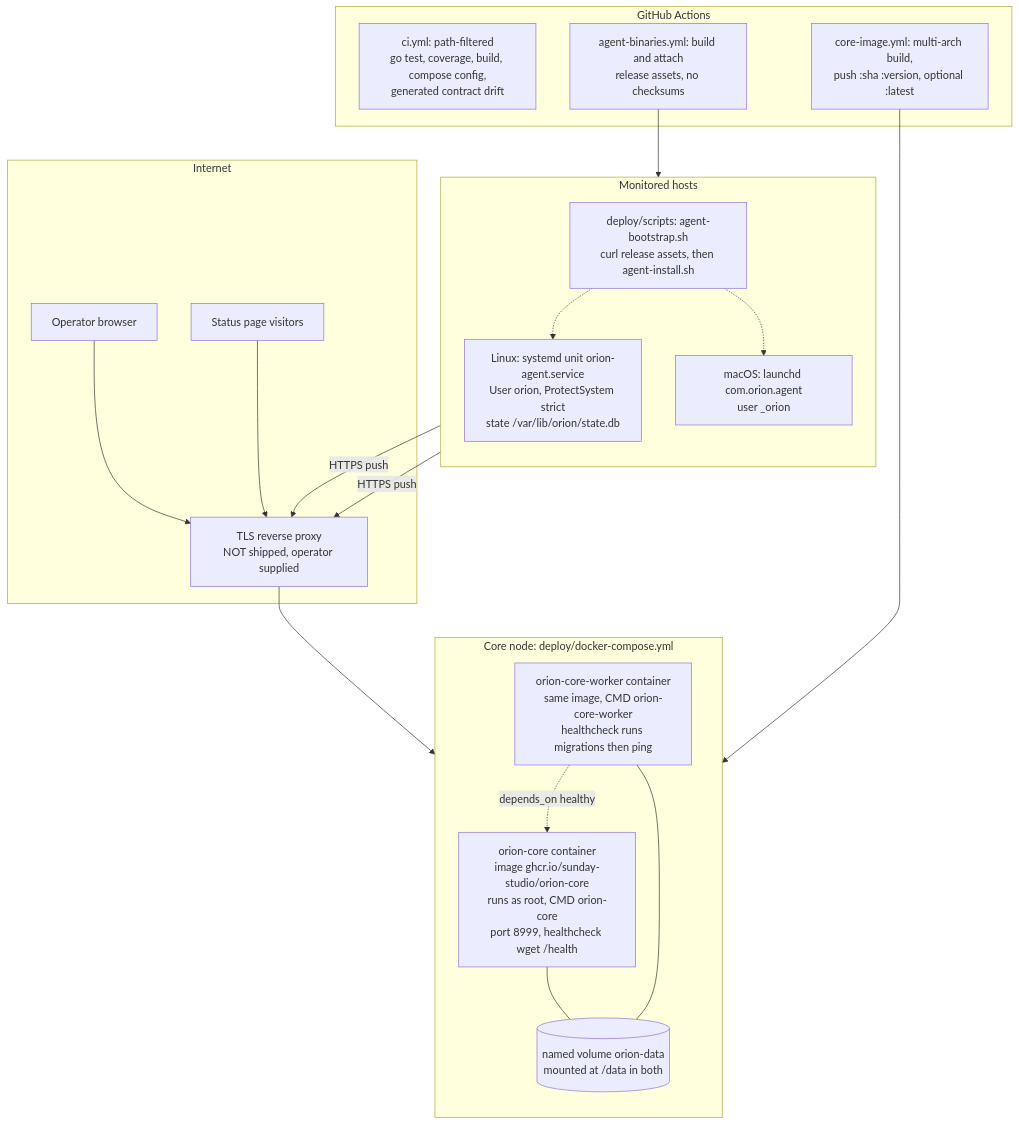
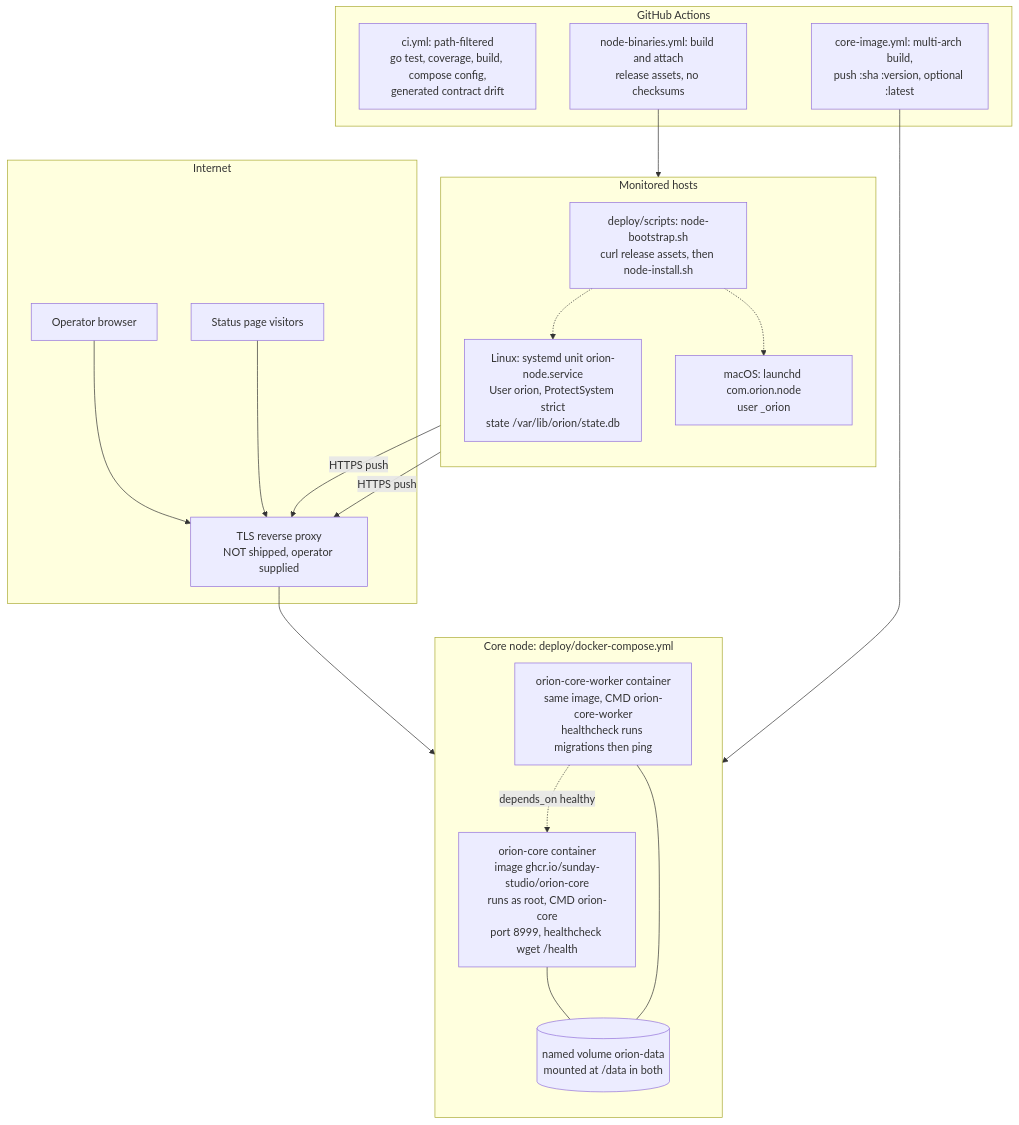
The sixth of 6 diagrams in docs/architecture/backend-architecture.md (sunday-studio/orion), drawn with Mermaid before and after one commit. The commit also changed other lines of this file and 815 other files, not shown here.

First line of the commit message:
refactor(repo): rename agent to node, mechanical part

````diff
--- a/docs/architecture/backend-architecture.md
+++ b/docs/architecture/backend-architecture.md
@@ -353,41 +353,41 @@
 ```mermaid
 flowchart TB
   subgraph Internet
     BR["Operator browser"]
     VIS["Status page visitors"]
     RP["TLS reverse proxy<br/>NOT shipped, operator supplied"]
   end
 
   subgraph CoreNode["Core node: deploy/docker-compose.yml"]
     direction TB
     C1["orion-core container<br/>image ghcr.io/sunday-studio/orion-core<br/>runs as root, CMD orion-core<br/>port 8999, healthcheck wget /health"]
     C2["orion-core-worker container<br/>same image, CMD orion-core-worker<br/>healthcheck runs migrations then ping"]
     VOL[("named volume orion-data<br/>mounted at /data in both")]
     C1 --- VOL
     C2 --- VOL
     C2 -. "depends_on healthy" .-> C1
   end
 
   subgraph Fleet["Monitored hosts"]
     direction TB
-    L1["Linux: systemd unit orion-agent.service<br/>User orion, ProtectSystem strict<br/>state /var/lib/orion/state.db"]
-    L2["macOS: launchd com.orion.agent<br/>user _orion"]
-    INST["deploy/scripts: agent-bootstrap.sh<br/>curl release assets, then agent-install.sh"]
+    L1["Linux: systemd unit orion-node.service<br/>User orion, ProtectSystem strict<br/>state /var/lib/orion/state.db"]
+    L2["macOS: launchd com.orion.node<br/>user _orion"]
+    INST["deploy/scripts: node-bootstrap.sh<br/>curl release assets, then node-install.sh"]
   end
 
   BR --> RP
   VIS --> RP
   RP --> C1
   L1 -- "HTTPS push" --> RP
   L2 -- "HTTPS push" --> RP
   INST -.-> L1
   INST -.-> L2
 
   subgraph CI["GitHub Actions"]
     CIJ["ci.yml: path-filtered<br/>go test, coverage, build, compose config,<br/>generated contract drift"]
     IMG["core-image.yml: multi-arch build,<br/>push :sha :version, optional :latest"]
-    BIN["agent-binaries.yml: build and attach<br/>release assets, no checksums"]
+    BIN["node-binaries.yml: build and attach<br/>release assets, no checksums"]
   end
   IMG --> C1
   BIN --> INST
 ```
````
